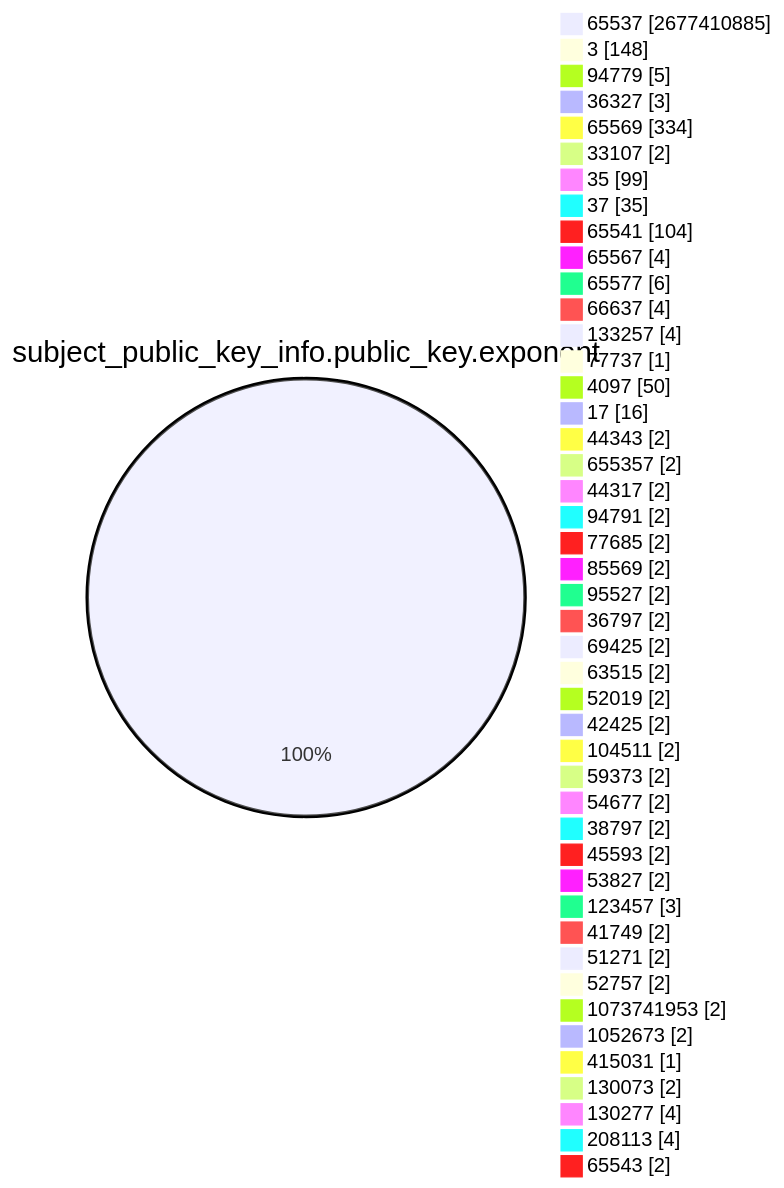
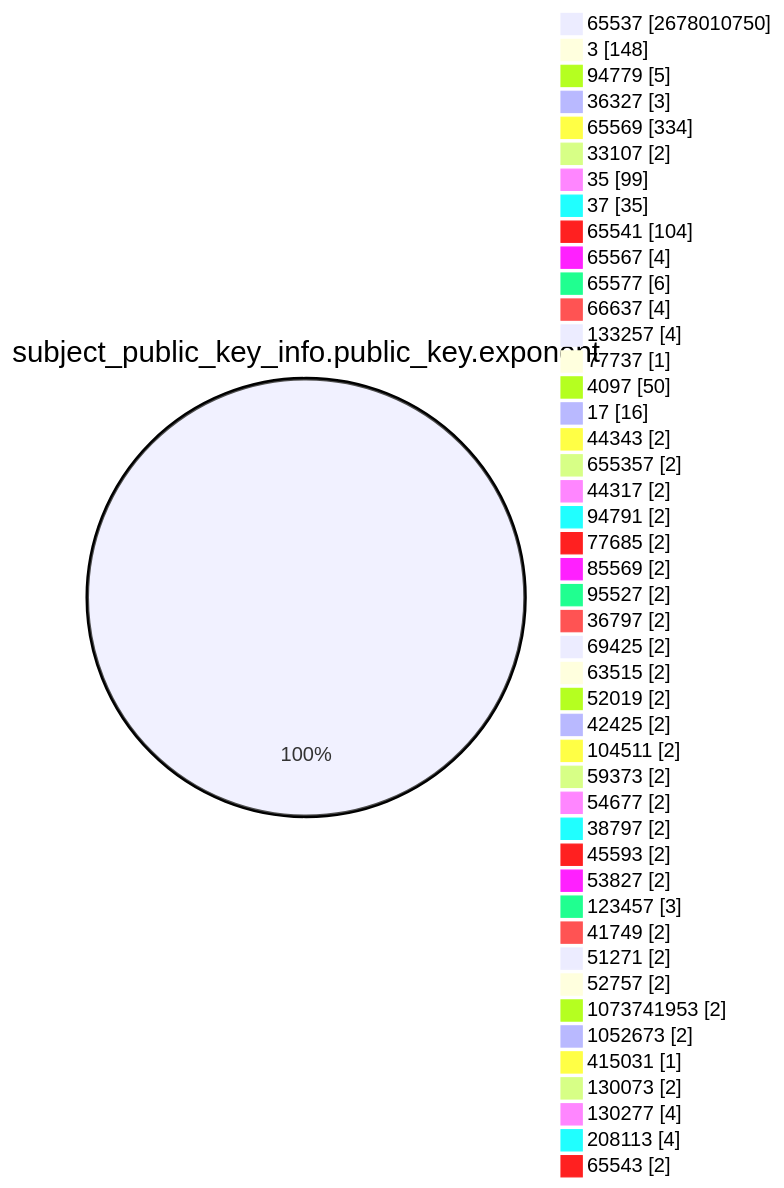
Before and after one commit to christiankrug/ctmonitor_visualization: the fourth of 15 diagrams in TOTAL/README.md, drawn with Mermaid. The commit also changed other lines of this file, not shown here.

````diff
--- a/TOTAL/README.md
+++ b/TOTAL/README.md
@@ -1467,49 +1467,49 @@
 ```mermaid
 pie showData
 title subject_public_key_info.public_key.exponent
-"65537" :2677410885
+"65537" :2678010750
 "3" :148
 "94779" :5
 "36327" :3
 "65569" :334
 "33107" :2
 "35" :99
 "37" :35
 "65541" :104
 "65567" :4
 "65577" :6
 "66637" :4
 "133257" :4
 "77737" :1
 "4097" :50
 "17" :16
 "44343" :2
 "655357" :2
 "44317" :2
 "94791" :2
 "77685" :2
 "85569" :2
 "95527" :2
 "36797" :2
 "69425" :2
 "63515" :2
 "52019" :2
 "42425" :2
 "104511" :2
 "59373" :2
 "54677" :2
 "38797" :2
 "45593" :2
 "53827" :2
 "123457" :3
 "41749" :2
 "51271" :2
 "52757" :2
 "1073741953" :2
 "1052673" :2
 "415031" :1
 "130073" :2
 "130277" :4
 "208113" :4
 "65543" :2
 ```
````
